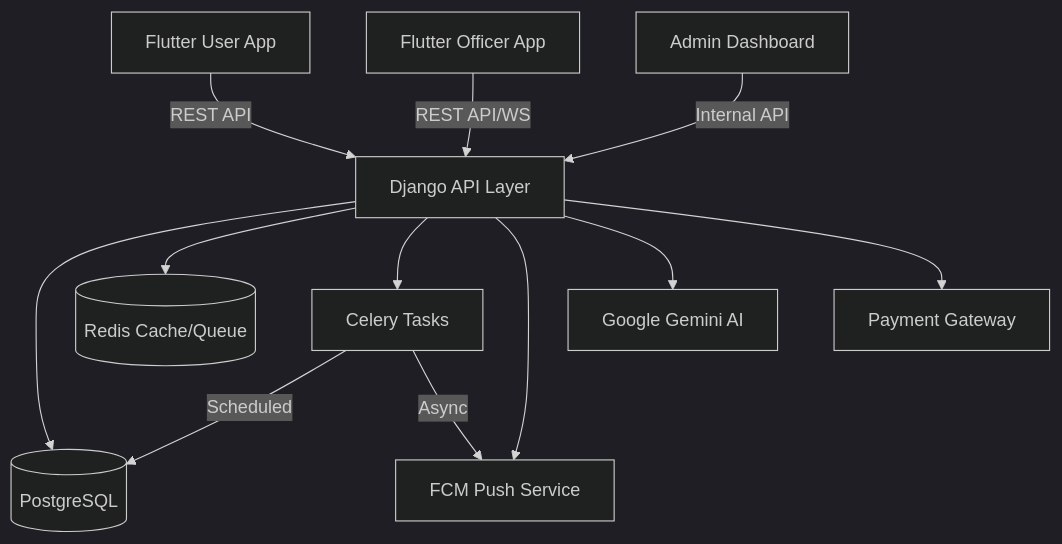
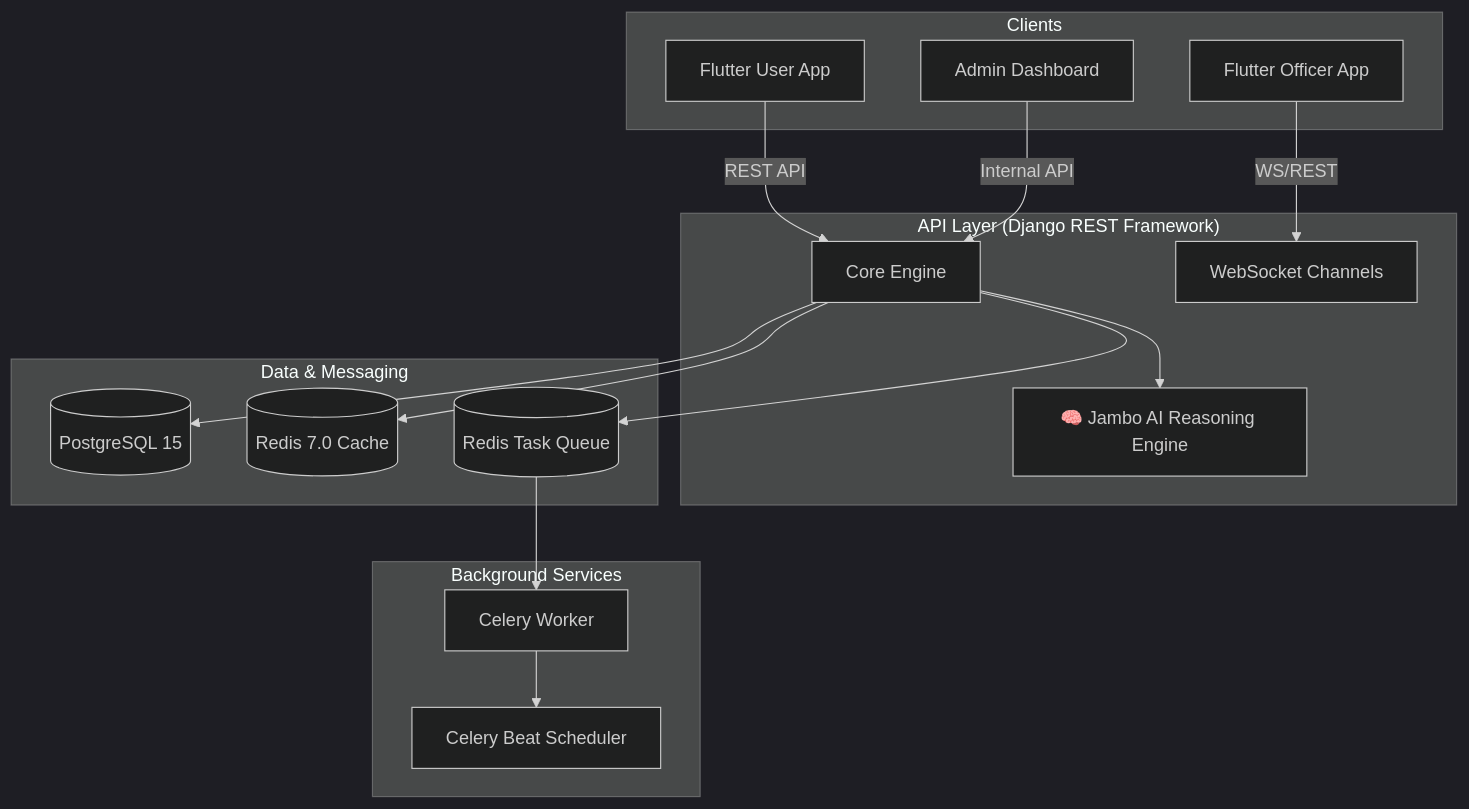
Before and after one commit to JAMBO-PARKING-APP/backend: the first of 3 diagrams in README.md, drawn with Mermaid (dark theme). The commit also changed other lines of this file, not shown here.

Commit message:
Fixing App llm Model

````diff
--- a/README.md
+++ b/README.md
@@ -11,17 +15,36 @@
 ```mermaid
 graph TD
-    UserApp[Flutter User App] -->|REST API| Backend[Django API Layer]
-    OfficerApp[Flutter Officer App] -->|REST API/WS| Backend
-    AdminWeb[Admin Dashboard] -->|Internal API| Backend
+    subgraph Clients
+        UserApp[Flutter User App]
+        OfficerApp[Flutter Officer App]
+        AdminWeb[Admin Dashboard]
+    end
+
+    subgraph "API Layer (Django REST Framework)"
+        Backend[Core Engine]
+        WS[WebSocket Channels]
+        JamboAI[🧠 Jambo AI Reasoning Engine]
+    end
+
+    subgraph "Data & Messaging"
+        DB[(PostgreSQL 15)]
+        Redis[(Redis 7.0 Cache)]
+        MQ[(Redis Task Queue)]
+    end
+
+    subgraph "Background Services"
+        Worker[Celery Worker]
+        Beat[Celery Beat Scheduler]
+    end
+
+    UserApp -->|REST API| Backend
+    OfficerApp -->|WS/REST| WS
+    AdminWeb -->|Internal API| Backend
     
-    Backend --> DB[(PostgreSQL)]
-    Backend --> Redis[(Redis Cache/Queue)]
-    Backend --> Celery[Celery Tasks]
-    
-    Backend --> Firebase[FCM Push Service]
-    Backend --> Gemini[Google Gemini AI]
-    Backend --> Pesapal[Payment Gateway]
-    
-    Celery -->|Scheduled| DB
-    Celery -->|Async| Firebase
+    Backend --> JamboAI
+    Backend --> DB
+    Backend --> Redis
+    Backend --> MQ
+    MQ --> Worker
+    Worker --> Beat
 ```
````
